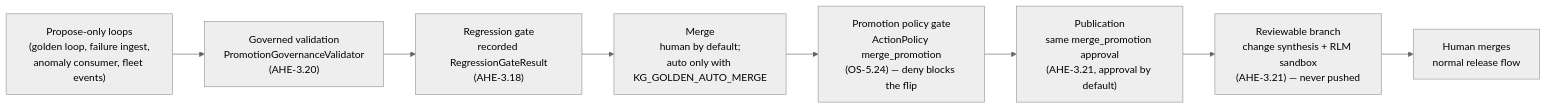
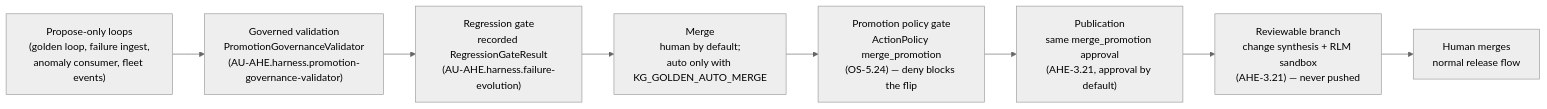
One commit to Knuckles-Team/agent-utilities changed the diagram in docs/guides/autonomous-evolution.md. Above: the diagram before and after it, drawn with Mermaid (neutral theme). The commit also changed other lines of this file and 2324 other files, not shown here.

````diff
--- a/docs/guides/autonomous-evolution.md
+++ b/docs/guides/autonomous-evolution.md
@@ -18,10 +18,10 @@
 ```mermaid
 flowchart LR
-    A["Propose-only loops<br/>(golden loop, failure ingest,<br/>anomaly consumer, fleet events)"] --> B["Governed validation<br/>PromotionGovernanceValidator<br/>(AHE-3.20)"]
-    B --> C["Regression gate<br/>recorded RegressionGateResult<br/>(AHE-3.18)"]
+    A["Propose-only loops<br/>(golden loop, failure ingest,<br/>anomaly consumer, fleet events)"] --> B["Governed validation<br/>PromotionGovernanceValidator<br/>(AU-AHE.harness.promotion-governance-validator)"]
+    B --> C["Regression gate<br/>recorded RegressionGateResult<br/>(AU-AHE.harness.failure-evolution)"]
     C --> D["Merge<br/>human by default;<br/>auto only with KG_GOLDEN_AUTO_MERGE"]
     D --> E["Promotion policy gate<br/>ActionPolicy merge_promotion<br/>(OS-5.24) — deny blocks the flip"]
     E --> F["Publication<br/>same merge_promotion approval<br/>(AHE-3.21, approval by default)"]
     F --> G["Reviewable branch<br/>change synthesis + RLM sandbox<br/>(AHE-3.21) — never pushed"]
     G --> H["Human merges<br/>normal release flow"]
 ```
````
